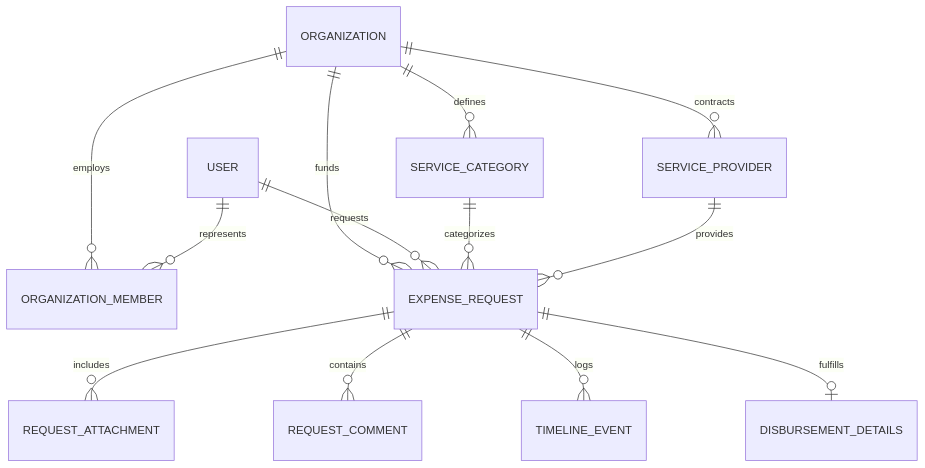
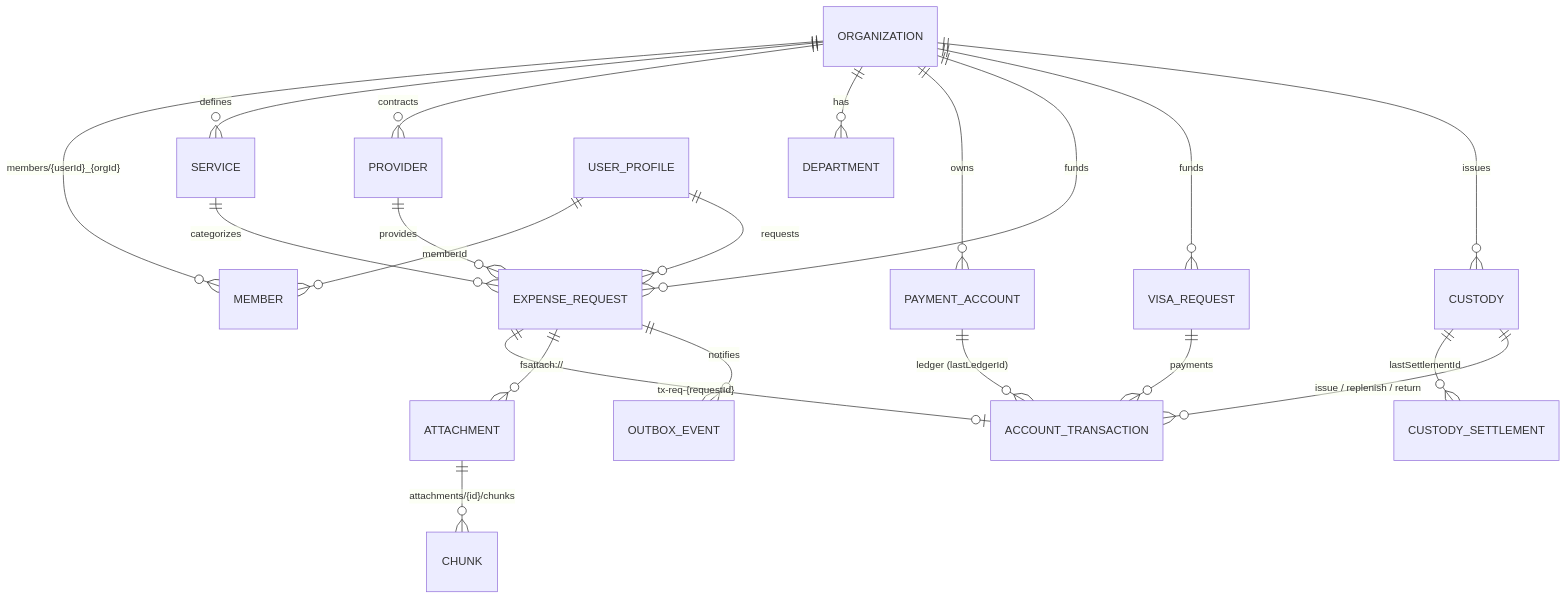
The diagram in docs/02-architecture-and-data-model.md (nagmdev/expenses-project), drawn with Mermaid before and after one commit. The commit also changed other lines of this file and 7 other files, not shown here.

````diff
--- a/docs/02-architecture-and-data-model.md
+++ b/docs/02-architecture-and-data-model.md
@@ -10,18 +37,27 @@
 ```mermaid
 erDiagram
-    ORGANIZATION ||--o{ ORGANIZATION_MEMBER : employs
-    ORGANIZATION ||--o{ SERVICE_CATEGORY : defines
-    ORGANIZATION ||--o{ SERVICE_PROVIDER : contracts
+    ORGANIZATION ||--o{ MEMBER : "members/{userId}_{orgId}"
+    ORGANIZATION ||--o{ SERVICE : defines
+    ORGANIZATION ||--o{ PROVIDER : contracts
+    ORGANIZATION ||--o{ DEPARTMENT : has
+    ORGANIZATION ||--o{ PAYMENT_ACCOUNT : owns
     ORGANIZATION ||--o{ EXPENSE_REQUEST : funds
+    ORGANIZATION ||--o{ VISA_REQUEST : funds
+    ORGANIZATION ||--o{ CUSTODY : issues
 
-    USER ||--o{ ORGANIZATION_MEMBER : represents
-    USER ||--o{ EXPENSE_REQUEST : requests
+    USER_PROFILE ||--o{ MEMBER : "memberId"
+    USER_PROFILE ||--o{ EXPENSE_REQUEST : requests
 
-    SERVICE_CATEGORY ||--o{ EXPENSE_REQUEST : categorizes
-    SERVICE_PROVIDER ||--o{ EXPENSE_REQUEST : provides
+    SERVICE ||--o{ EXPENSE_REQUEST : categorizes
+    PROVIDER ||--o{ EXPENSE_REQUEST : provides
 
-    EXPENSE_REQUEST ||--o{ REQUEST_ATTACHMENT : includes
-    EXPENSE_REQUEST ||--o{ REQUEST_COMMENT : contains
-    EXPENSE_REQUEST ||--o{ TIMELINE_EVENT : logs
-    EXPENSE_REQUEST ||--o| DISBURSEMENT_DETAILS : fulfills
+    PAYMENT_ACCOUNT ||--o{ ACCOUNT_TRANSACTION : "ledger (lastLedgerId)"
+    EXPENSE_REQUEST ||--o| ACCOUNT_TRANSACTION : "tx-req-{requestId}"
+    CUSTODY ||--o{ CUSTODY_SETTLEMENT : "lastSettlementId"
+    CUSTODY ||--o{ ACCOUNT_TRANSACTION : "issue / replenish / return"
+    VISA_REQUEST ||--o{ ACCOUNT_TRANSACTION : payments
+
+    EXPENSE_REQUEST ||--o{ ATTACHMENT : "fsattach://"
+    ATTACHMENT ||--o{ CHUNK : "attachments/{id}/chunks"
+    EXPENSE_REQUEST ||--o{ OUTBOX_EVENT : notifies
 ```
````
